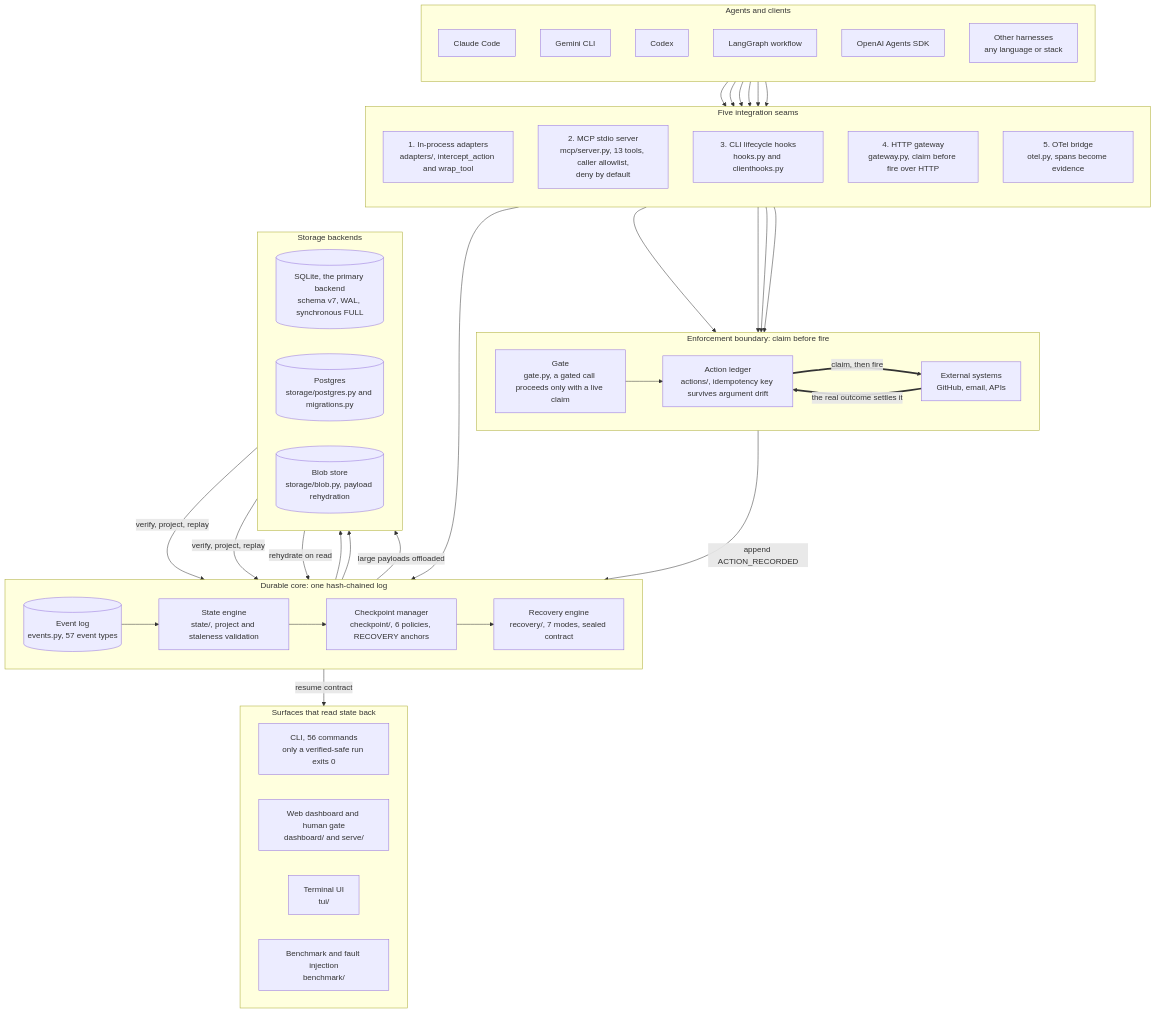
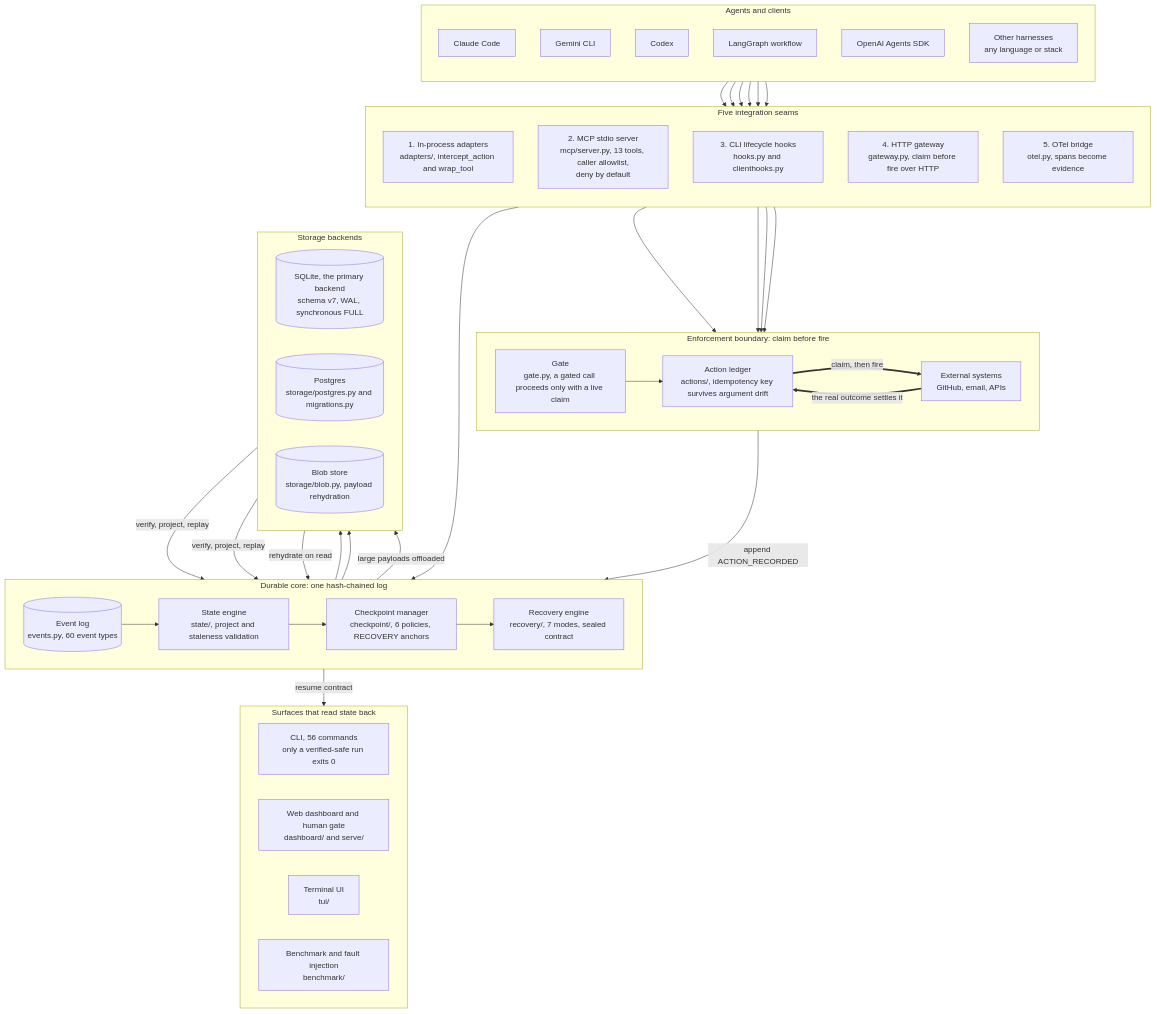
The first of 2 diagrams in docs/diagrams/architecture.md (Cyrax321/CONTINUUM), drawn with Mermaid before and after one commit. The commit also changed 23 other files, not shown here.

```diff
--- a/docs/diagrams/architecture.md
+++ b/docs/diagrams/architecture.md
@@ -49,7 +49,7 @@
     %% ---------- durable core ----------
     subgraph core["Durable core: one hash-chained log"]
         direction LR
-        elog[("Event log<br/>events.py, 57 event types")]
+        elog[("Event log<br/>events.py, 60 event types")]
         state["State engine<br/>state/, project and staleness validation"]
         ckpt["Checkpoint manager<br/>checkpoint/, 6 policies, RECOVERY anchors"]
         rec["Recovery engine<br/>recovery/, 7 modes, sealed contract"]
```
